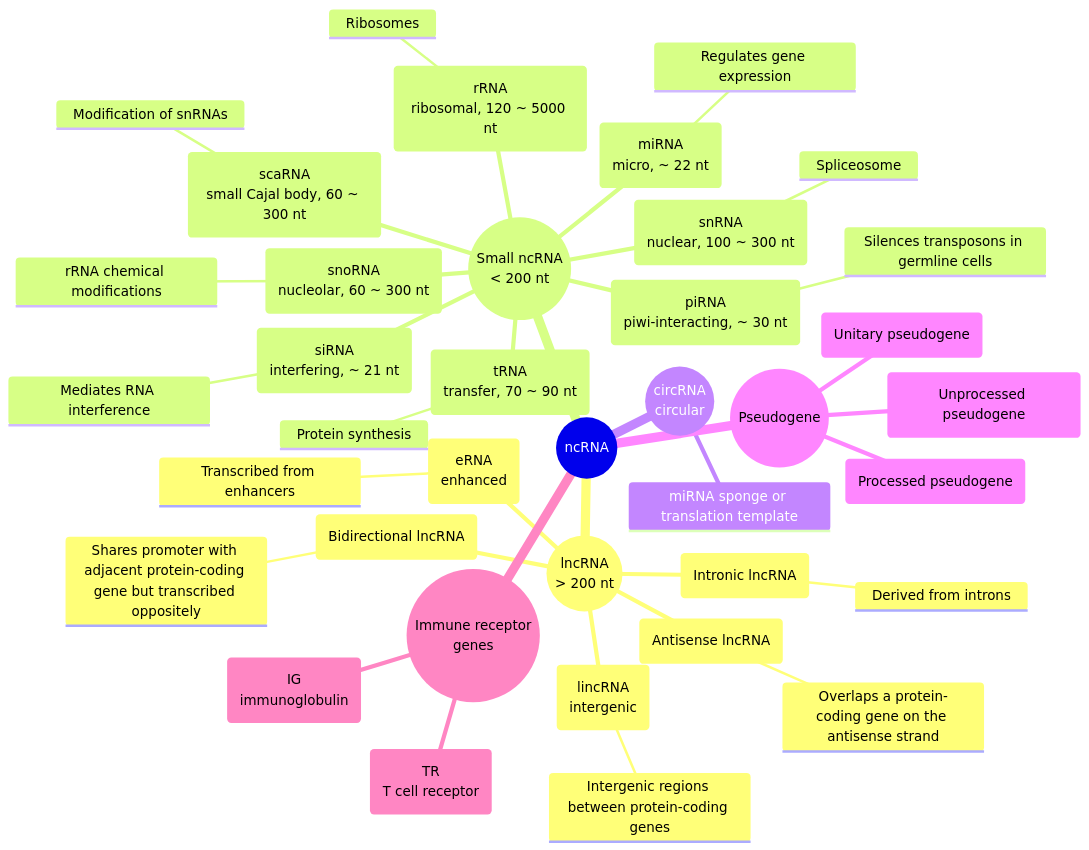
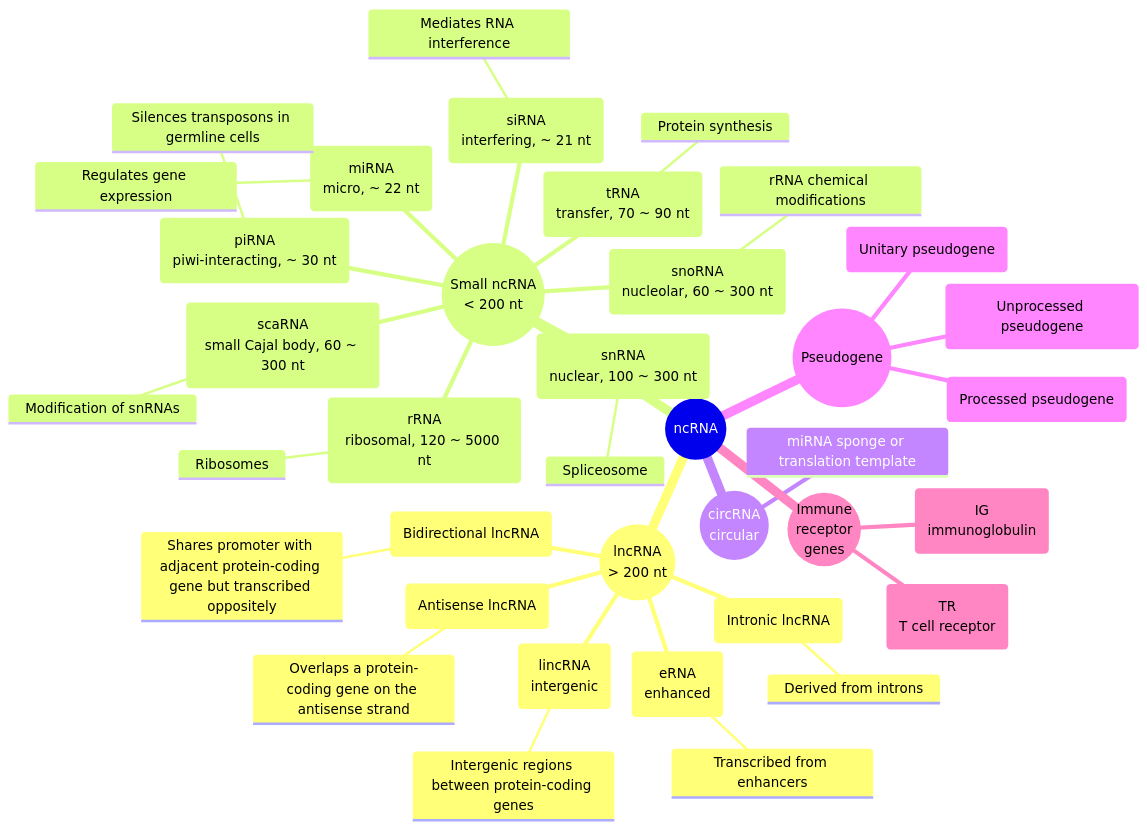
One commit to Revewill/Bioinfo.Revewill.github.io changed the diagram in W6/Genome Annotation/Bioinformatics_Homework_Genome_Annotation.md. Above: the diagram before and after it, drawn with Mermaid.

````diff
--- a/W6/Genome Annotation/Bioinformatics_Homework_Genome_Annotation.md
+++ b/W6/Genome Annotation/Bioinformatics_Homework_Genome_Annotation.md
@@ -74,57 +74,58 @@
   ```mermaid
   mindmap
     root((ncRNA))
       ((lncRNA
       > 200 nt))
         (lincRNA
         intergenic)
           Intergenic regions between protein-coding genes
         (Antisense lncRNA)
           Overlaps a protein-coding gene on the antisense strand
         (Intronic lncRNA)
           Derived from introns
         (Bidirectional lncRNA)
           Shares promoter with adjacent protein-coding gene but transcribed oppositely
         (eRNA
         enhanced)
           Transcribed from enhancers
       ((Small ncRNA
       < 200 nt))
         (miRNA
         micro, ~ 22 nt)
           Regulates gene expression
         (siRNA
         interfering, ~ 21 nt)
           Mediates RNA interference
         (piRNA
         piwi-interacting, ~ 30 nt)
           Silences transposons in germline cells
         (snRNA
         nuclear, 100 ~ 300 nt)
           Spliceosome
         (snoRNA
         nucleolar, 60 ~ 300 nt)
           rRNA chemical modifications
         (tRNA
         transfer, 70 ~ 90 nt)
           Protein synthesis
         (rRNA
         ribosomal, 120 ~ 5000 nt)
           Ribosomes
         (scaRNA
         small Cajal body, 60 ~ 300 nt)
           Modification of snRNAs
       ((circRNA
       circular))
         miRNA sponge or translation template
       ((Pseudogene))
         (Processed pseudogene)
         (Unprocessed pseudogene)
         (Unitary pseudogene)
-      ((Immune receptor
+      ((Immune
+      receptor
       genes))
         (IG
         immunoglobulin)
         (TR
         T cell receptor)
   ```
````
